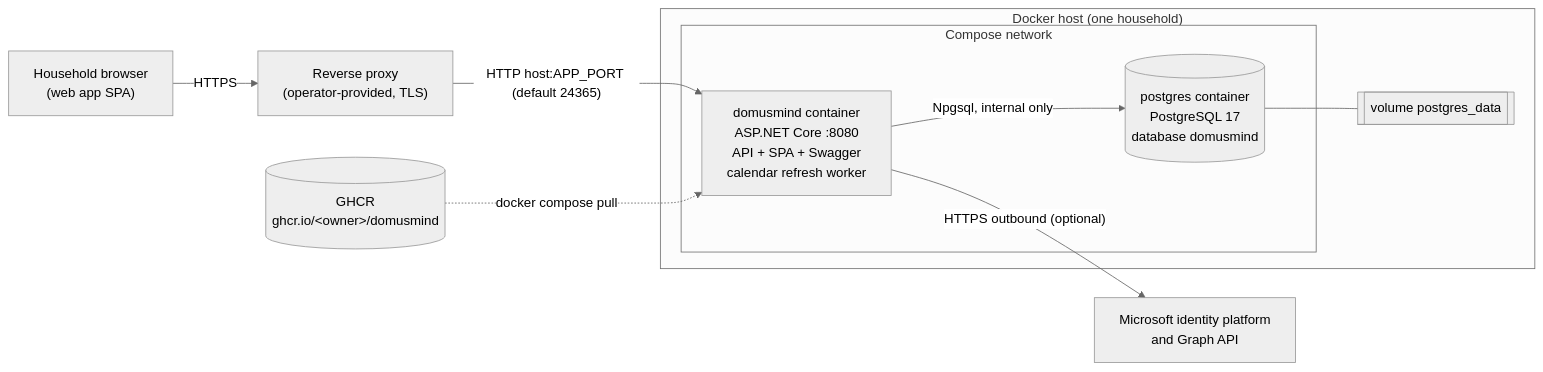
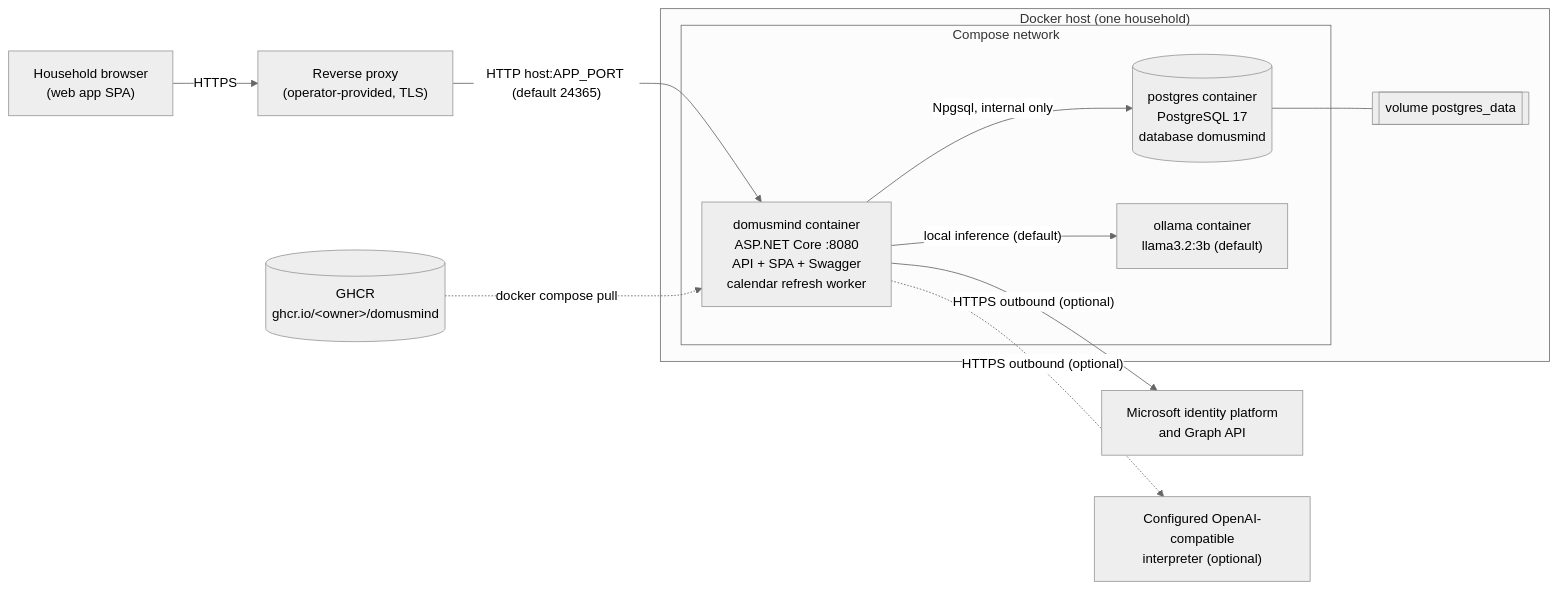
Before and after one commit to juangcarmona/domusmind: the first of 2 diagrams in docs/architecture/07-deployment-view.md, drawn with Mermaid (neutral theme). The commit also changed other lines of this file and 124 other files, not shown here.

````diff
--- a/docs/architecture/07-deployment-view.md
+++ b/docs/architecture/07-deployment-view.md
@@ -17,22 +17,26 @@
 ```mermaid
 flowchart LR
     browser["Household browser<br/>(web app SPA)"]
     proxy["Reverse proxy<br/>(operator-provided, TLS)"]
     ghcr[("GHCR<br/>ghcr.io/&lt;owner&gt;/domusmind")]
     graphApi["Microsoft identity platform<br/>and Graph API"]
+    interpreterApi["Configured OpenAI-compatible<br/>interpreter (optional)"]
 
     subgraph host["Docker host (one household)"]
         subgraph compose["Compose network"]
             app["domusmind container<br/>ASP.NET Core :8080<br/>API + SPA + Swagger<br/>calendar refresh worker"]
             db[("postgres container<br/>PostgreSQL 17<br/>database domusmind")]
+            ollama["ollama container<br/>llama3.2:3b (default)"]
         end
         vol[["volume postgres_data"]]
     end
 
     browser -- HTTPS --> proxy
     proxy -- "HTTP host:APP_PORT (default 24365)" --> app
     app -- "Npgsql, internal only" --> db
     db --- vol
+    app -- "local inference (default)" --> ollama
+    app -. "HTTPS outbound (optional)" .-> interpreterApi
     app -- "HTTPS outbound (optional)" --> graphApi
     ghcr -. "docker compose pull" .-> app
 ```
````
